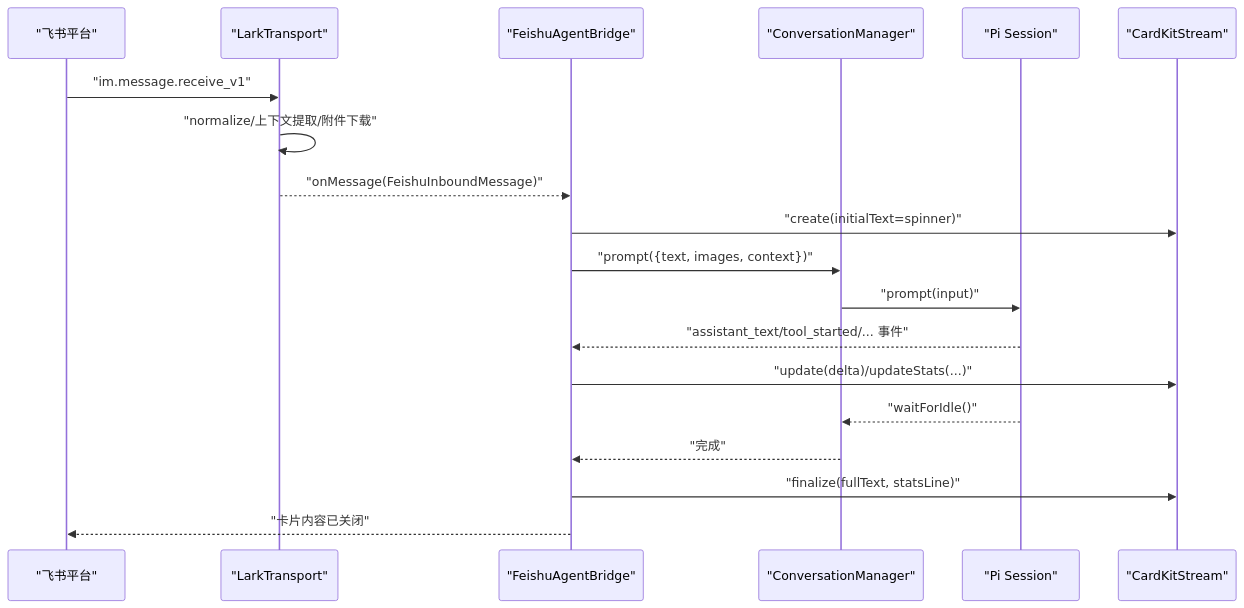
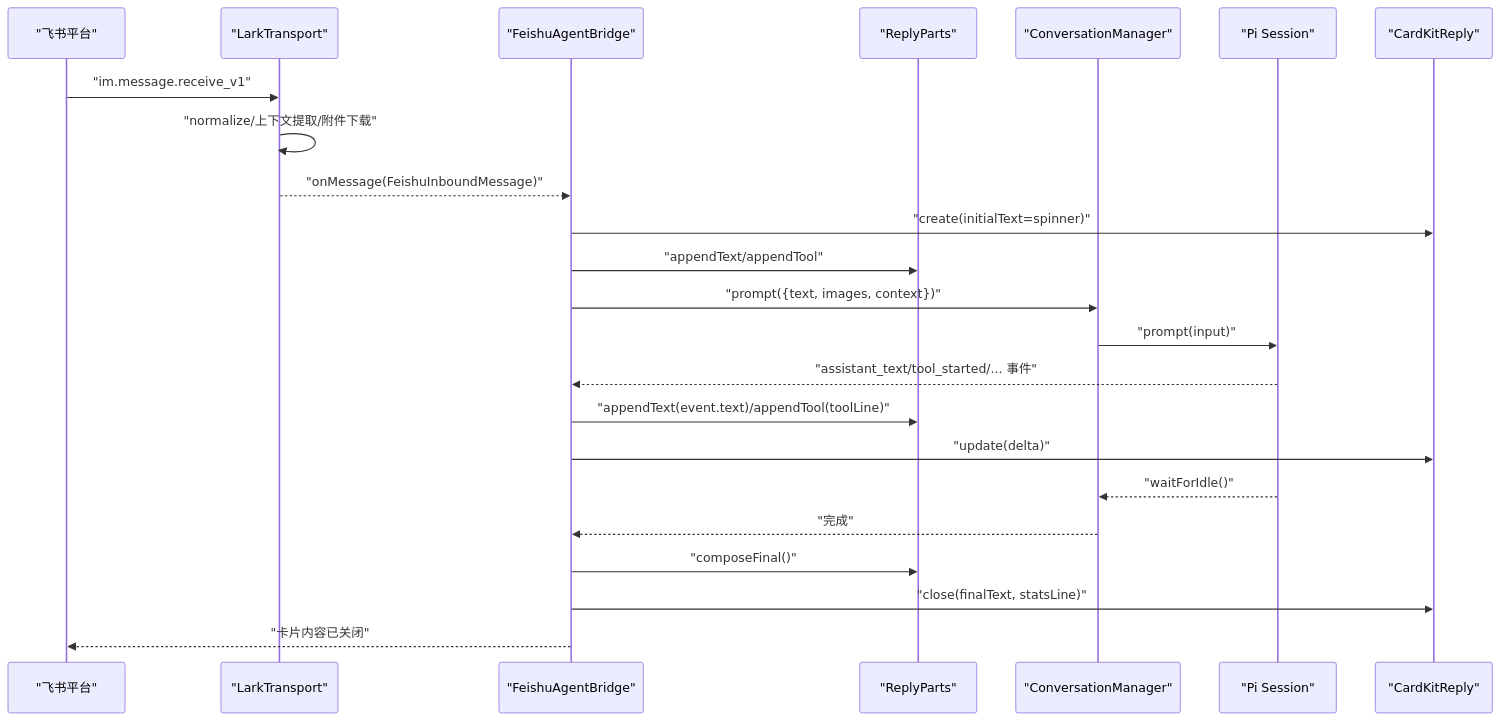
The second of 6 diagrams in .qoder/repowiki/zh/content/架构设计/核心组件/消息桥接层.md (HeXiaoShu520/feishu-pi), drawn with Mermaid before and after one commit. The commit also changed other lines of this file and 47 other files, not shown here.

````diff
--- a/.qoder/repowiki/zh/content/架构设计/核心组件/消息桥接层.md
+++ b/.qoder/repowiki/zh/content/架构设计/核心组件/消息桥接层.md
@@ -103,21 +125,25 @@
 ```mermaid
 sequenceDiagram
 participant FS as "飞书平台"
 participant LT as "LarkTransport"
 participant AB as "FeishuAgentBridge"
+participant RP as "ReplyParts"
 participant CM as "ConversationManager"
 participant RT as "Pi Session"
-participant CK as "CardKitStream"
+participant CKR as "CardKitReply"
 FS->>LT : "im.message.receive_v1"
 LT->>LT : "normalize/上下文提取/附件下载"
 LT-->>AB : "onMessage(FeishuInboundMessage)"
-AB->>CK : "create(initialText=spinner)"
+AB->>CKR : "create(initialText=spinner)"
+AB->>RP : "appendText/appendTool"
 AB->>CM : "prompt({text, images, context})"
 CM->>RT : "prompt(input)"
 RT-->>AB : "assistant_text/tool_started/... 事件"
-AB->>CK : "update(delta)/updateStats(...)"
+AB->>RP : "appendText(event.text)/appendTool(toolLine)"
+AB->>CKR : "update(delta)"
 RT-->>CM : "waitForIdle()"
 CM-->>AB : "完成"
-AB->>CK : "finalize(fullText, statsLine)"
+AB->>RP : "composeFinal()"
+AB->>CKR : "close(finalText, statsLine)"
 AB-->>FS : "卡片内容已关闭"
 ```
````
